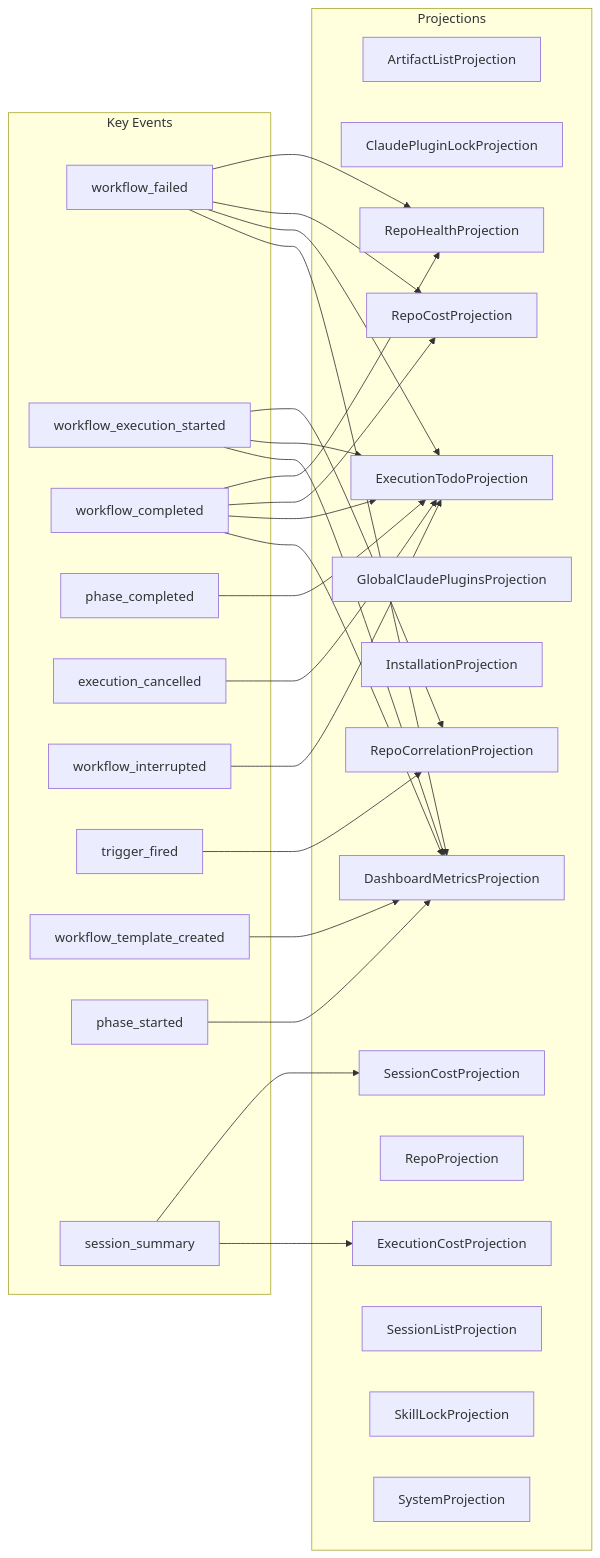
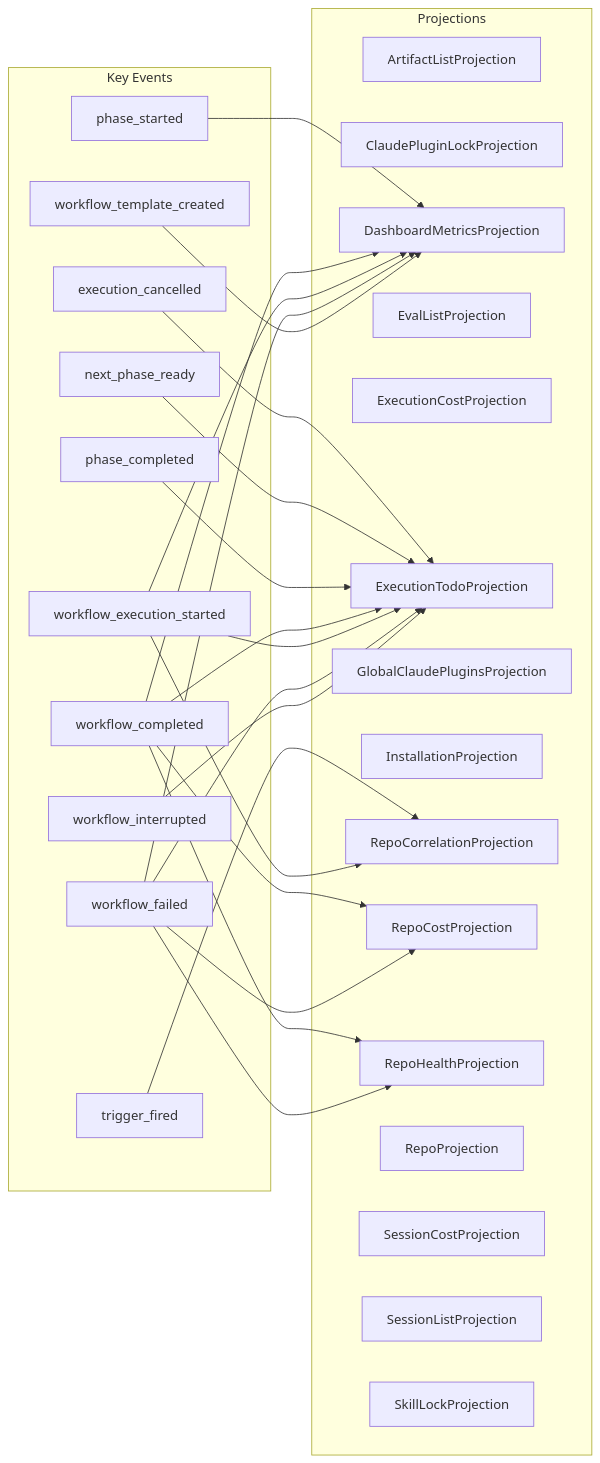
One commit to syntropic137/syntropic137 changed the diagram in docs/architecture/projection-subscriptions.md. Above: the diagram before and after it, drawn with Mermaid. The commit also changed other lines of this file and 5 other files, not shown here.

First line of the commit message:
feat(docs): regenerate architecture docs from source and gate drift in preflight

````diff
--- a/docs/architecture/projection-subscriptions.md
+++ b/docs/architecture/projection-subscriptions.md
@@ -15,53 +15,52 @@
 ```mermaid
 graph LR
     subgraph events["Key Events"]
-        e1[workflow_failed]
-        e2[workflow_execution_started]
+        e1[workflow_execution_started]
+        e2[workflow_failed]
         e3[workflow_completed]
-        e4[phase_completed]
-        e5[execution_cancelled]
+        e4[execution_cancelled]
+        e5[phase_completed]
         e6[workflow_interrupted]
-        e7[trigger_fired]
-        e8[workflow_template_created]
-        e9[phase_started]
-        e10[session_summary]
+        e7[next_phase_ready]
+        e8[phase_started]
+        e9[trigger_fired]
+        e10[workflow_template_created]
     end
 
     subgraph projections["Projections"]
         p1[ArtifactListProjection]
         p2[ClaudePluginLockProjection]
         p3[DashboardMetricsProjection]
-        p4[ExecutionCostProjection]
-        p5[ExecutionTodoProjection]
-        p6[GlobalClaudePluginsProjection]
-        p7[InstallationProjection]
-        p8[RepoCorrelationProjection]
-        p9[RepoCostProjection]
-        p10[RepoHealthProjection]
-        p11[RepoProjection]
-        p12[SessionCostProjection]
-        p13[SessionListProjection]
-        p14[SkillLockProjection]
-        p15[SystemProjection]
+        p4[EvalListProjection]
+        p5[ExecutionCostProjection]
+        p6[ExecutionTodoProjection]
+        p7[GlobalClaudePluginsProjection]
+        p8[InstallationProjection]
+        p9[RepoCorrelationProjection]
+        p10[RepoCostProjection]
+        p11[RepoHealthProjection]
+        p12[RepoProjection]
+        p13[SessionCostProjection]
+        p14[SessionListProjection]
+        p15[SkillLockProjection]
     end
 
-    e7 --> p8
-    e10 --> p12
-    e10 --> p4
+    e4 --> p6
+    e7 --> p6
+    e5 --> p6
+    e8 --> p3
+    e9 --> p9
+    e3 --> p3
+    e3 --> p6
     e3 --> p10
-    e3 --> p9
-    e3 --> p5
-    e3 --> p3
-    e1 --> p10
+    e3 --> p11
+    e1 --> p3
+    e1 --> p6
     e1 --> p9
-    e1 --> p5
-    e1 --> p3
-    e8 --> p3
-    e4 --> p5
-    e5 --> p5
-    e6 --> p5
-    e2 --> p8
-    e2 --> p5
     e2 --> p3
-    e9 --> p3
+    e2 --> p6
+    e2 --> p10
+    e2 --> p11
+    e6 --> p6
+    e10 --> p3
 ```
````
